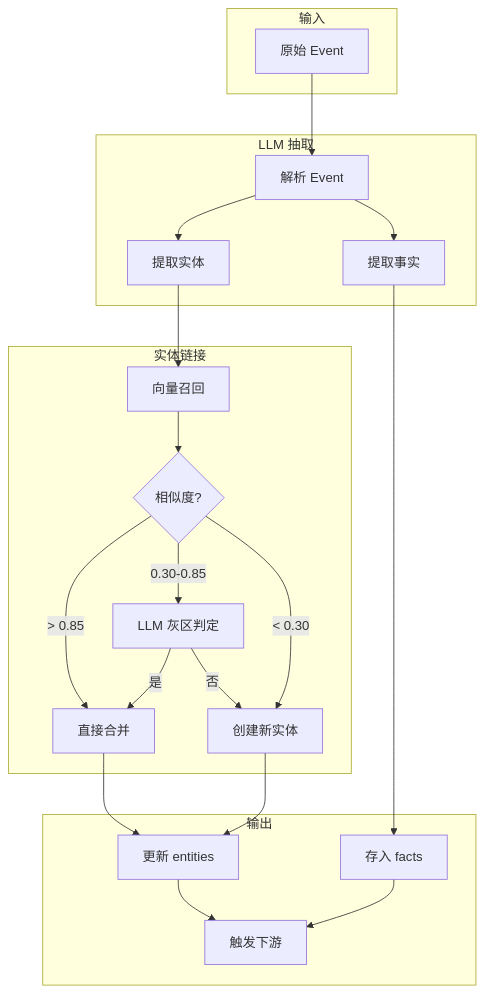
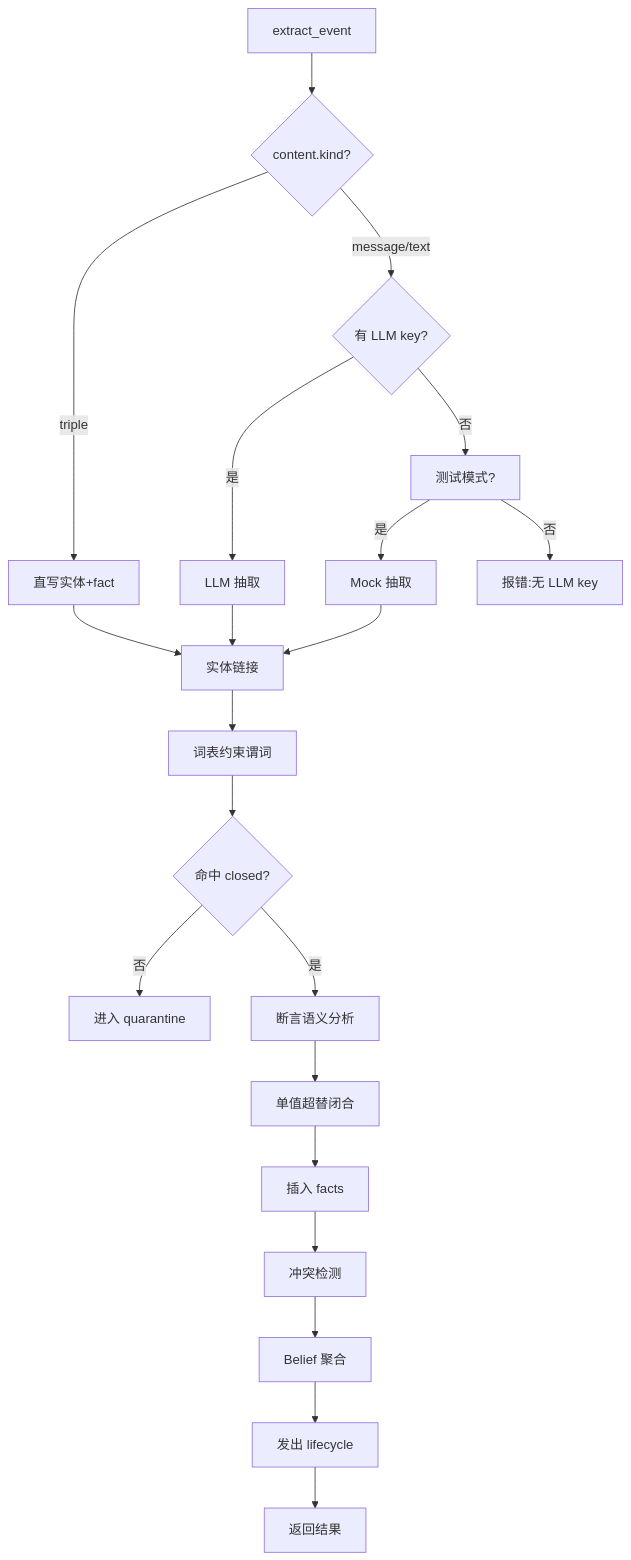
The third of 4 diagrams in source/chapters/04-extraction-pipeline.md (pty819/cortex-py-book), drawn with Mermaid before and after one commit. The commit also changed other lines of this file and 18 other files, not shown here.

First line of the commit message:
docs: refresh book with latest cortex-py architecture

````diff
--- a/source/chapters/04-extraction-pipeline.md
+++ b/source/chapters/04-extraction-pipeline.md
@@ -21,42 +402,27 @@
 ```{mermaid}
-flowchart TB
-    subgraph 输入
-        A[原始 Event]
-    end
+flowchart TD
+    A[extract_event] --> B{content.kind?}
+    B -->|triple| C[直写实体+fact]
+    B -->|message/text| D{有 LLM key?}
     
-    subgraph LLM 抽取
-        B[解析 Event]
-        C[提取实体]
-        D[提取事实]
-    end
+    D -->|是| E[LLM 抽取]
+    D -->|否| F[测试模式?]
+    F -->|是| G[Mock 抽取]
+    F -->|否| H[报错:无 LLM key]
     
-    subgraph 实体链接
-        E[向量召回]
-        F{相似度?}
-        G[直接合并]
-        H[LLM 灰区判定]
-        I[创建新实体]
-    end
+    E --> I[实体链接]
+    G --> I
+    C --> I
     
-    subgraph 输出
-        J[存入 facts]
-        K[更新 entities]
-        L[触发下游]
-    end
+    I --> J[词表约束谓词]
+    J --> K{命中 closed?}
+    K -->|否| L[进入 quarantine]
+    K -->|是| M[断言语义分析]
     
-    A --> B
-    B --> C
-    B --> D
-    C --> E
-    E --> F
-    F -->|> 0.85| G
-    F -->|0.30-0.85| H
-    F -->|< 0.30| I
-    H -->|是| G
-    H -->|否| I
-    G --> K
-    I --> K
-    D --> J
-    J --> L
-    K --> L
+    M --> N[单值超替闭合]
+    N --> O[插入 facts]
+    O --> P[冲突检测]
+    P --> Q[Belief 聚合]
+    Q --> R[发出 lifecycle]
+    R --> S[返回结果]
 ```
````
